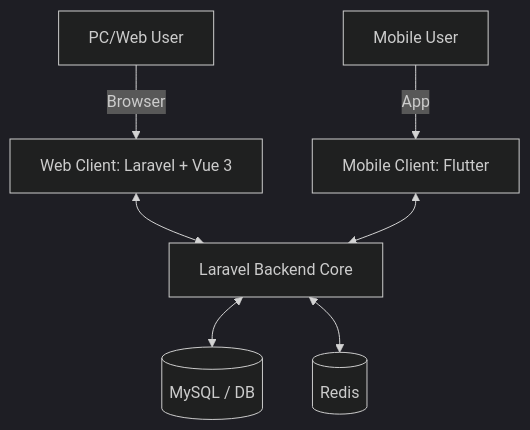
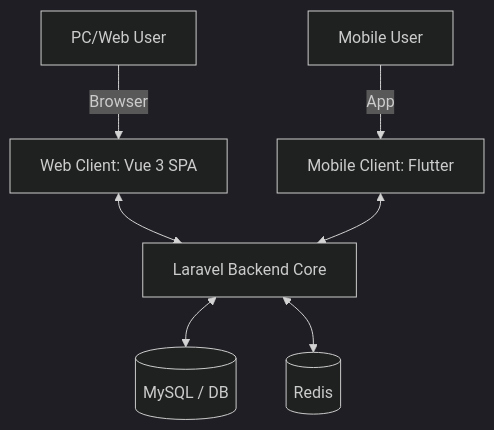
The diagram in docs/architecture.md (adlerdler/MooseCat-Blog), drawn with Mermaid (dark theme) before and after one commit. The commit also changed other lines of this file and 9 other files, not shown here.

````diff
--- a/docs/architecture.md
+++ b/docs/architecture.md
@@ -6,9 +6,9 @@
 ```mermaid
 graph TD
-    UserWeb[PC/Web User] -- Browser --> WebClient[Web Client: Laravel + Vue 3]
+    UserWeb[PC/Web User] -- Browser --> WebClient[Web Client: Vue 3 SPA]
     UserMobile[Mobile User] -- App --> MobileClient[Mobile Client: Flutter]
     WebClient <--> Laravel[Laravel Backend Core]
     MobileClient <--> Laravel
     Laravel <--> DB[(MySQL / DB)]
     Laravel <--> Redis[(Redis)]
 ```
````
